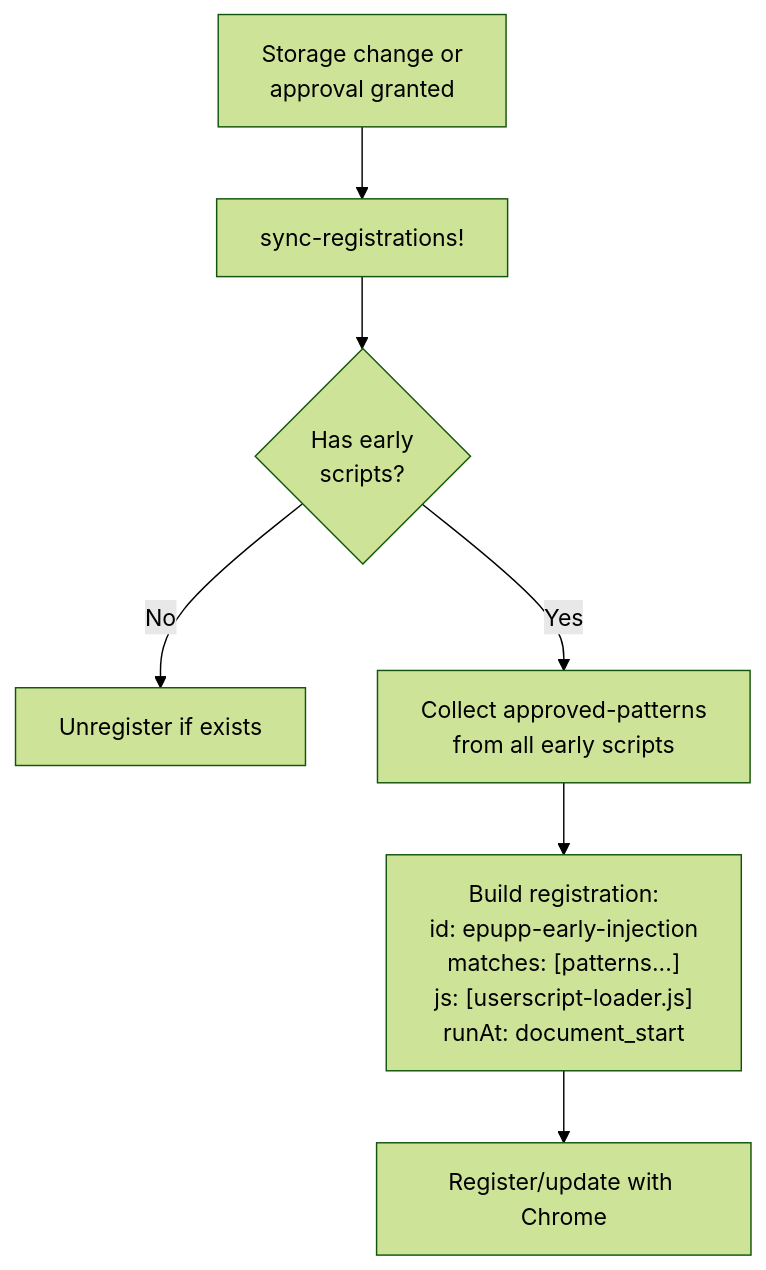
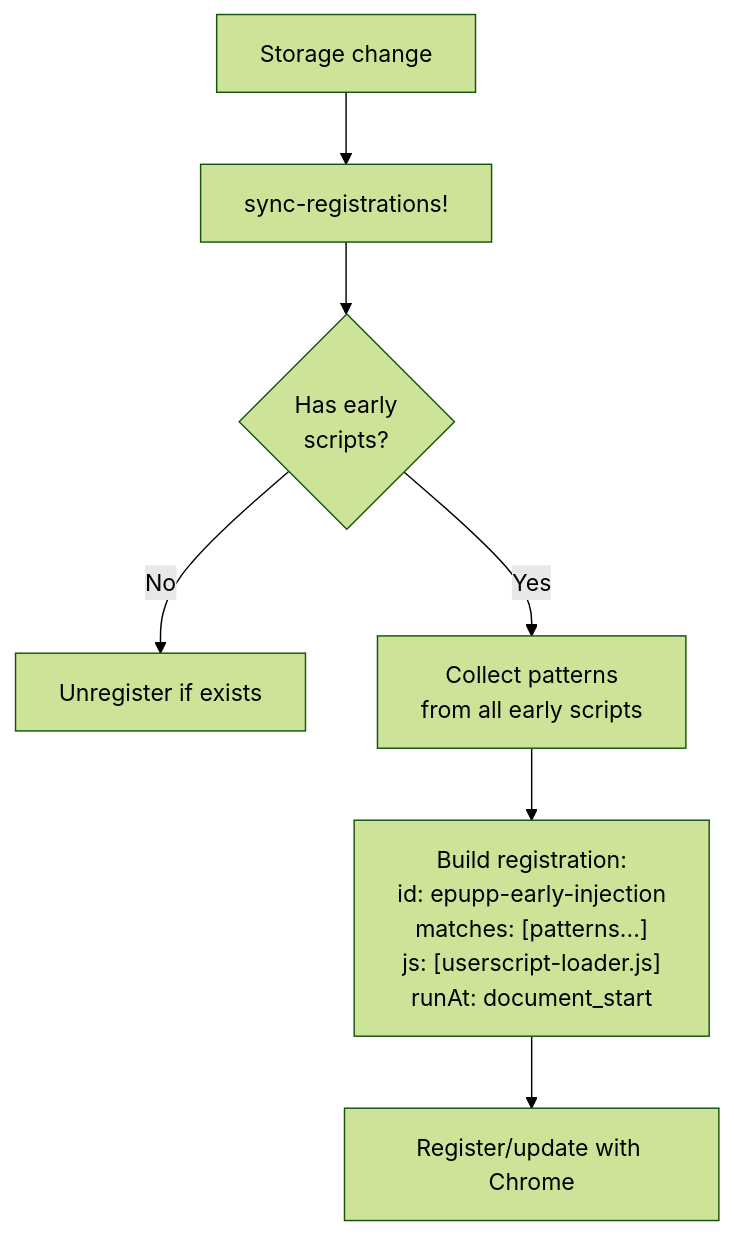
The first of 2 diagrams in dev/docs/architecture/injection-flows.md (PEZ/epupp), drawn with Mermaid (forest theme) before and after one commit. The commit also changed 6 other files, not shown here.

````diff
--- a/dev/docs/architecture/injection-flows.md
+++ b/dev/docs/architecture/injection-flows.md
@@ -82,9 +82,9 @@
 ```mermaid
 flowchart TD
-    ST["Storage change or<br/>approval granted"] --> SYNC["sync-registrations!"]
+    ST["Storage change"] --> SYNC["sync-registrations!"]
     SYNC --> EARLY{"Has early<br/>scripts?"}
     EARLY -->|No| UNREG["Unregister if exists"]
-    EARLY -->|Yes| PATTERNS["Collect approved-patterns<br/>from all early scripts"]
+    EARLY -->|Yes| PATTERNS["Collect patterns<br/>from all early scripts"]
     PATTERNS --> BUILD["Build registration:<br/>id: epupp-early-injection<br/>matches: [patterns...]<br/>js: [userscript-loader.js]<br/>runAt: document_start"]
     BUILD --> REG["Register/update with Chrome"]
 ```
````
